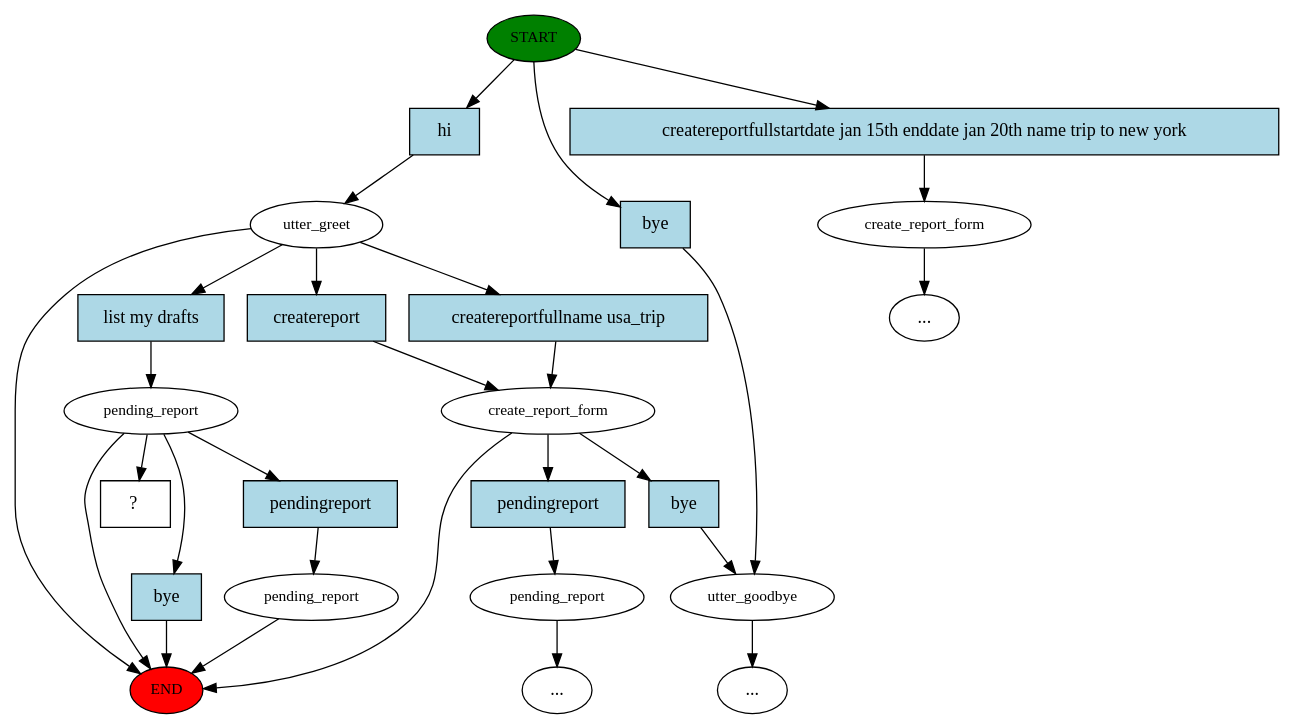
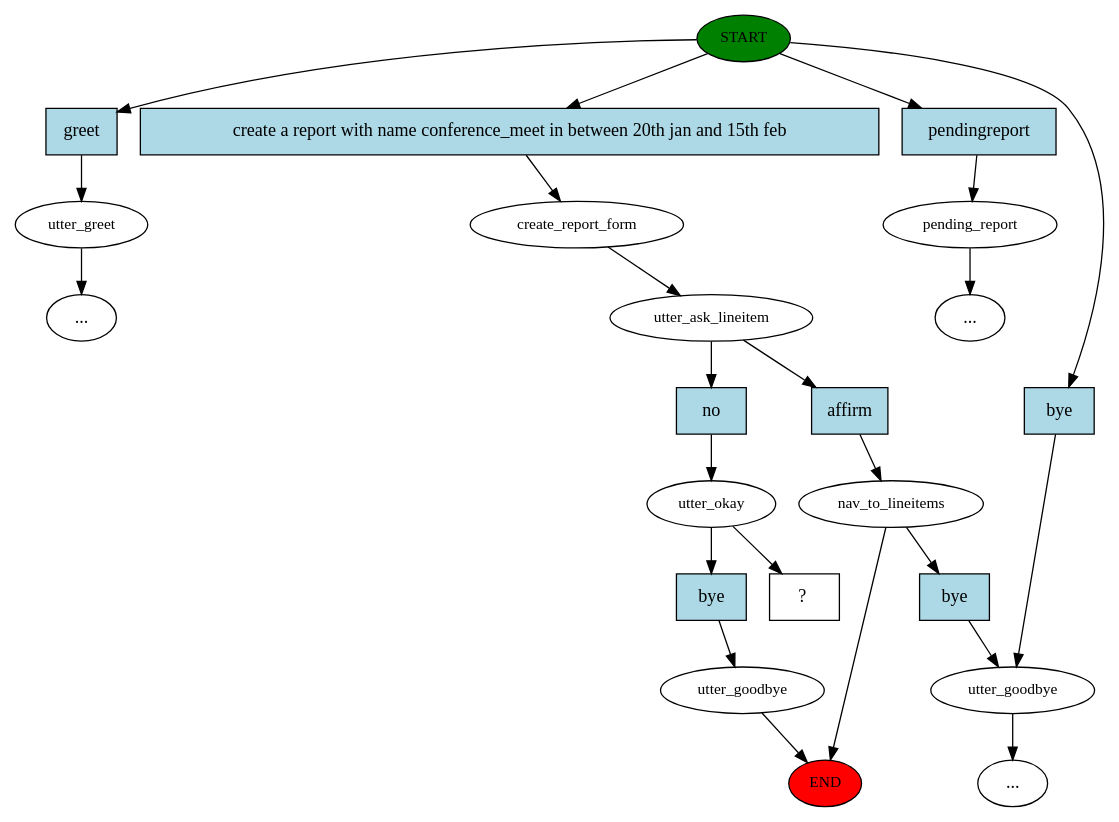
One commit to suryavamsi1563/working_chat_bot changed the diagram in story_graph.dot. Above: the diagram before and after it, drawn with Graphviz. The commit also changed 22 other files, not shown here.

```diff
--- a/story_graph.dot
+++ b/story_graph.dot
@@ -1,53 +1,47 @@
 digraph  {
 0 [class="start active", fillcolor=green, fontsize=12, label=START, style=filled];
 "-1" [class=end, fillcolor=red, fontsize=12, label=END, style=filled];
-1 [class=active, fontsize=12, label=utter_greet];
-2 [class="", fontsize=12, label=utter_goodbye];
-4 [class=active, fontsize=12, label=pending_report];
-9 [class="", fontsize=12, label=pending_report];
-11 [class="", fontsize=12, label=create_report_form];
-14 [class="", fontsize=12, label=pending_report];
-15 [class="", fontsize=12, label=create_report_form];
-"-5" [class=ellipsis, label="..."];
-"-6" [class=ellipsis, label="..."];
-"-9" [class=ellipsis, label="..."];
-32 [class="intent dashed active", label="  ?  ", shape=rect];
-33 [class="intent active", fillcolor=lightblue, label=hi, shape=rect, style=filled];
+1 [class="", fontsize=12, label=utter_greet];
+5 [class=active, fontsize=12, label=create_report_form];
+6 [class=active, fontsize=12, label=utter_ask_lineitem];
+7 [class="", fontsize=12, label=nav_to_lineitems];
+8 [class="", fontsize=12, label=utter_goodbye];
+11 [class=active, fontsize=12, label=utter_okay];
+12 [class="", fontsize=12, label=utter_goodbye];
+"-8" [class=ellipsis, label="..."];
+17 [class="", fontsize=12, label=pending_report];
+"-12" [class=ellipsis, label="..."];
+"-14" [class=ellipsis, label="..."];
+26 [class="intent dashed active", label="  ?  ", shape=rect];
+27 [class=intent, fillcolor=lightblue, label=greet, shape=rect, style=filled];
+28 [class="intent active", fillcolor=lightblue, label="create a report with name conference_meet in between 20th jan and 15th feb", shape=rect, style=filled];
+29 [class=intent, fillcolor=lightblue, label=pendingreport, shape=rect, style=filled];
+30 [class=intent, fillcolor=lightblue, label=bye, shape=rect, style=filled];
+31 [class=intent, fillcolor=lightblue, label=affirm, shape=rect, style=filled];
+32 [class="intent active", fillcolor=lightblue, label=no, shape=rect, style=filled];
+33 [class=intent, fillcolor=lightblue, label=bye, shape=rect, style=filled];
 34 [class=intent, fillcolor=lightblue, label=bye, shape=rect, style=filled];
-35 [class=intent, fillcolor=lightblue, label="createreportfullstartdate jan 15th enddate jan 20th name trip to new york", shape=rect, style=filled];
-36 [class="intent active", fillcolor=lightblue, label="list my drafts", shape=rect, style=filled];
-37 [class=intent, fillcolor=lightblue, label=createreport, shape=rect, style=filled];
-38 [class=intent, fillcolor=lightblue, label="createreportfullname usa_trip", shape=rect, style=filled];
-39 [class=intent, fillcolor=lightblue, label=bye, shape=rect, style=filled];
-40 [class=intent, fillcolor=lightblue, label=pendingreport, shape=rect, style=filled];
-41 [class=intent, fillcolor=lightblue, label=pendingreport, shape=rect, style=filled];
-42 [class=intent, fillcolor=lightblue, label=bye, shape=rect, style=filled];
-0 -> 33  [class=active, key=0];
-0 -> 34  [class="", key=0];
-0 -> 35  [class="", key=0];
-1 -> "-1"  [class="", key=NONE, label=""];
-1 -> 36  [class=active, key=0];
-1 -> 37  [class="", key=0];
-1 -> 38  [class="", key=0];
-2 -> "-9"  [class="", key=NONE, label=""];
-4 -> "-1"  [class="", key=NONE, label=""];
-4 -> 32  [class=active, key=NONE, label=""];
-4 -> 39  [class="", key=0];
-4 -> 40  [class="", key=0];
-9 -> "-1"  [class="", key=NONE, label=""];
-11 -> "-1"  [class="", key=NONE, label=""];
-11 -> 41  [class="", key=0];
-11 -> 42  [class="", key=0];
-14 -> "-6"  [class="", key=NONE, label=""];
-15 -> "-5"  [class="", key=NONE, label=""];
-33 -> 1  [class=active, key=0];
-34 -> 2  [class="", key=0];
-35 -> 15  [class="", key=0];
-36 -> 4  [class=active, key=0];
-37 -> 11  [class="", key=0];
-38 -> 11  [class="", key=0];
-39 -> "-1"  [class="", key=0];
-40 -> 9  [class="", key=0];
-41 -> 14  [class="", key=0];
-42 -> 2  [class="", key=0];
+0 -> 27  [class="", key=0];
+0 -> 28  [class=active, key=0];
+0 -> 29  [class="", key=0];
+0 -> 30  [class="", key=0];
+1 -> "-14"  [class="", key=NONE, label=""];
+5 -> 6  [class=active, key=NONE, label=""];
+6 -> 31  [class="", key=0];
+6 -> 32  [class=active, key=0];
+7 -> "-1"  [class="", key=NONE, label=""];
+7 -> 33  [class="", key=0];
+8 -> "-8"  [class="", key=NONE, label=""];
+11 -> 26  [class=active, key=NONE, label=""];
+11 -> 34  [class="", key=0];
+12 -> "-1"  [class="", key=NONE, label=""];
+17 -> "-12"  [class="", key=NONE, label=""];
+27 -> 1  [class="", key=0];
+28 -> 5  [class=active, key=0];
+29 -> 17  [class="", key=0];
+30 -> 8  [class="", key=0];
+31 -> 7  [class="", key=0];
+32 -> 11  [class=active, key=0];
+33 -> 8  [class="", key=0];
+34 -> 12  [class="", key=0];
 }
```
